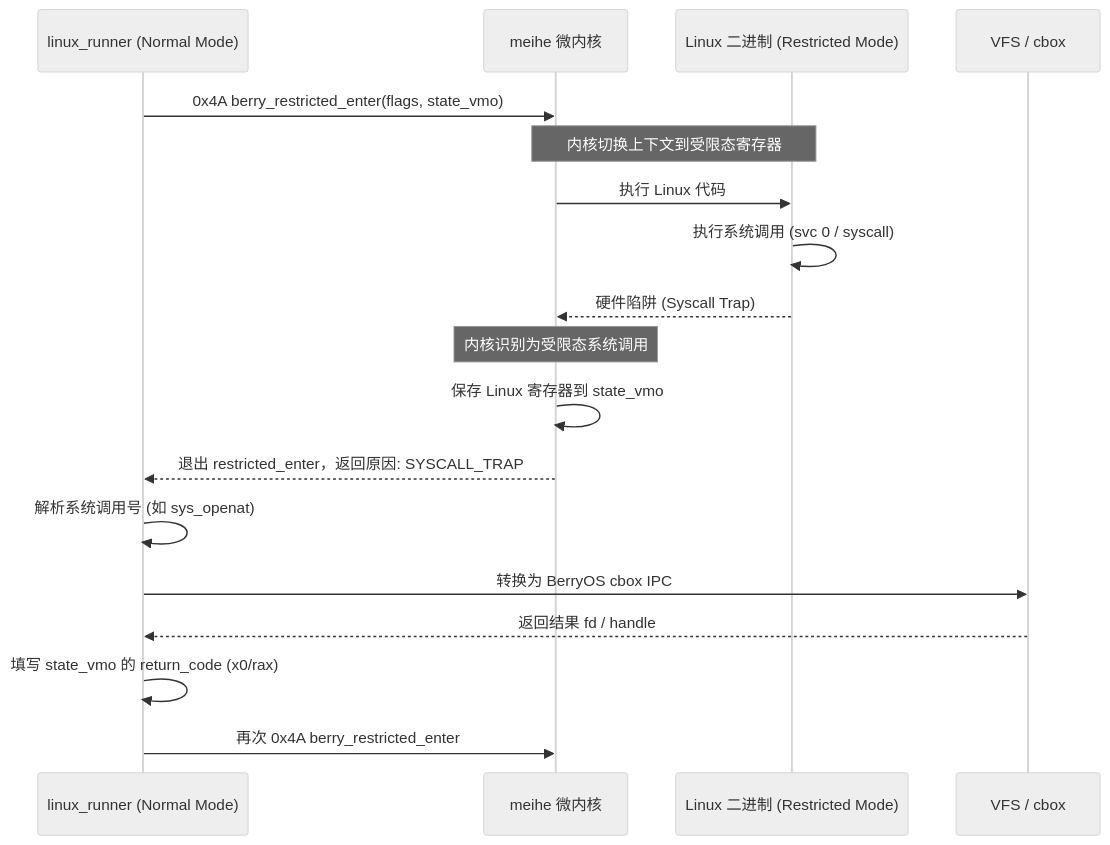
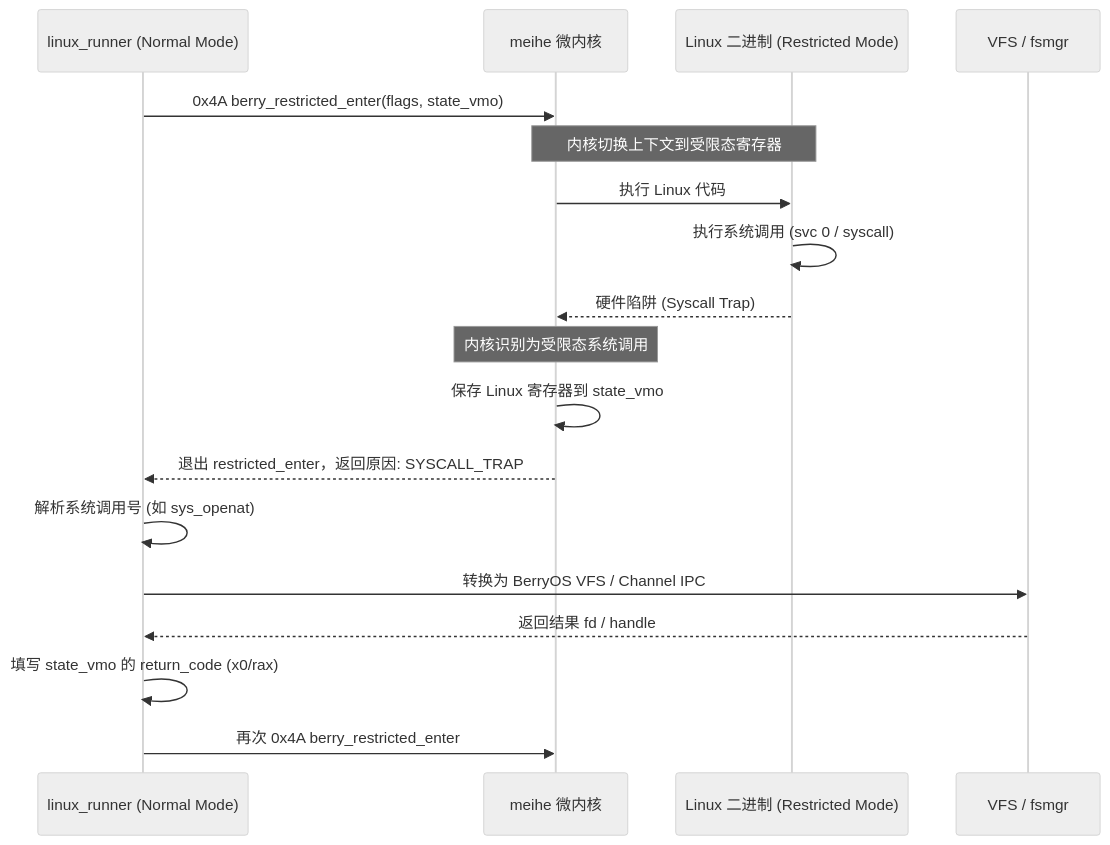
One commit to miuiadmin/BerryOS changed the diagram in .agents/plans/compat/design.md. Above: the diagram before and after it, drawn with Mermaid (neutral theme). The commit also changed other lines of this file and 12 other files, not shown here.

````diff
--- a/.agents/plans/compat/design.md
+++ b/.agents/plans/compat/design.md
@@ -55,21 +55,21 @@
 ```mermaid
 sequenceDiagram
     participant LR as linux_runner (Normal Mode)
     participant K as meihe 微内核
     participant LP as Linux 二进制 (Restricted Mode)
-    participant FS as VFS / cbox
+    participant FS as VFS / fsmgr
 
     LR->>K: 0x4A berry_restricted_enter(flags, state_vmo)
     Note over K,LP: 内核切换上下文到受限态寄存器
     K->>LP: 执行 Linux 代码
     LP->>LP: 执行系统调用 (svc 0 / syscall)
     LP-->>K: 硬件陷阱 (Syscall Trap)
     Note over K: 内核识别为受限态系统调用
     K->>K: 保存 Linux 寄存器到 state_vmo
     K-->>LR: 退出 restricted_enter，返回原因: SYSCALL_TRAP
     LR->>LR: 解析系统调用号 (如 sys_openat)
-    LR->>FS: 转换为 BerryOS cbox IPC
+    LR->>FS: 转换为 BerryOS VFS / Channel IPC
     FS-->>LR: 返回结果 fd / handle
     LR->>LR: 填写 state_vmo 的 return_code (x0/rax)
     LR->>K: 再次 0x4A berry_restricted_enter
 ```
````
